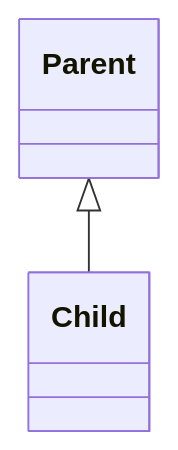
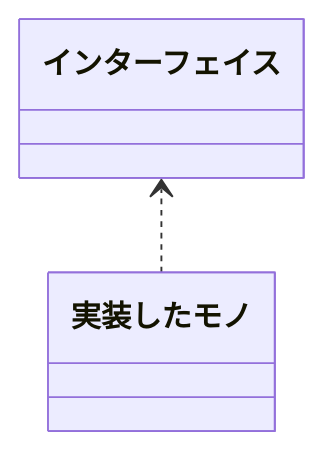
The first of 6 diagrams in UML/クラス図.md (rendya2501/til), drawn with Mermaid before and after one commit. The commit also changed other lines of this file and 14 other files, not shown here.

Commit message:
・整理 ・クラス図 ・文字コード ・Task

````diff
--- a/UML/クラス図.md
+++ b/UML/クラス図.md
@@ -14,6 +22,6 @@
 ``` mermaid
 classDiagram
 direction BT
 
-Child --|> Parent
+実装したモノ ..> インターフェイス
 ```
````
